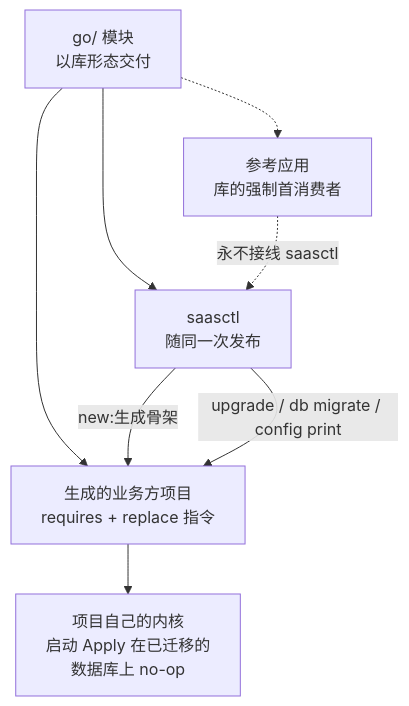
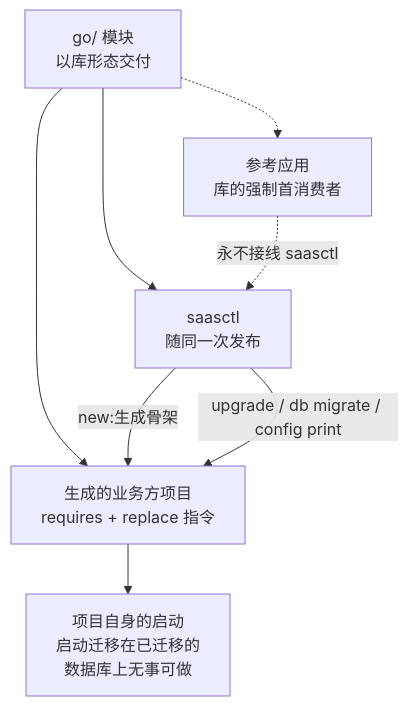
One commit to vislake/speed changed the diagram in docs/site/content.zh-cn/docs/developer-docs/modules/tools/saasctl.md. Above: the diagram before and after it, drawn with Mermaid. The commit also changed other lines of this file and 80 other files, not shown here.

````diff
--- a/docs/site/content.zh-cn/docs/developer-docs/modules/tools/saasctl.md
+++ b/docs/site/content.zh-cn/docs/developer-docs/modules/tools/saasctl.md
@@ -35,10 +35,10 @@
 ```mermaid
 flowchart TB
     libs[go/ 模块<br/>以库形态交付] --> saasctl[saasctl<br/>随同一次发布]
     libs --> proj[生成的业务方项目<br/>requires + replace 指令]
     libs -.-> ref[参考应用<br/>库的强制首消费者]
     saasctl -->|new:生成骨架| proj
     saasctl -->|upgrade / db migrate / config print| proj
-    proj --> boot[项目自己的内核<br/>启动 Apply 在已迁移的<br/>数据库上 no-op]
+    proj --> boot[项目自身的启动<br/>启动迁移在已迁移的<br/>数据库上无事可做]
     ref -.永不接线 saasctl.-> saasctl
 ```
````
